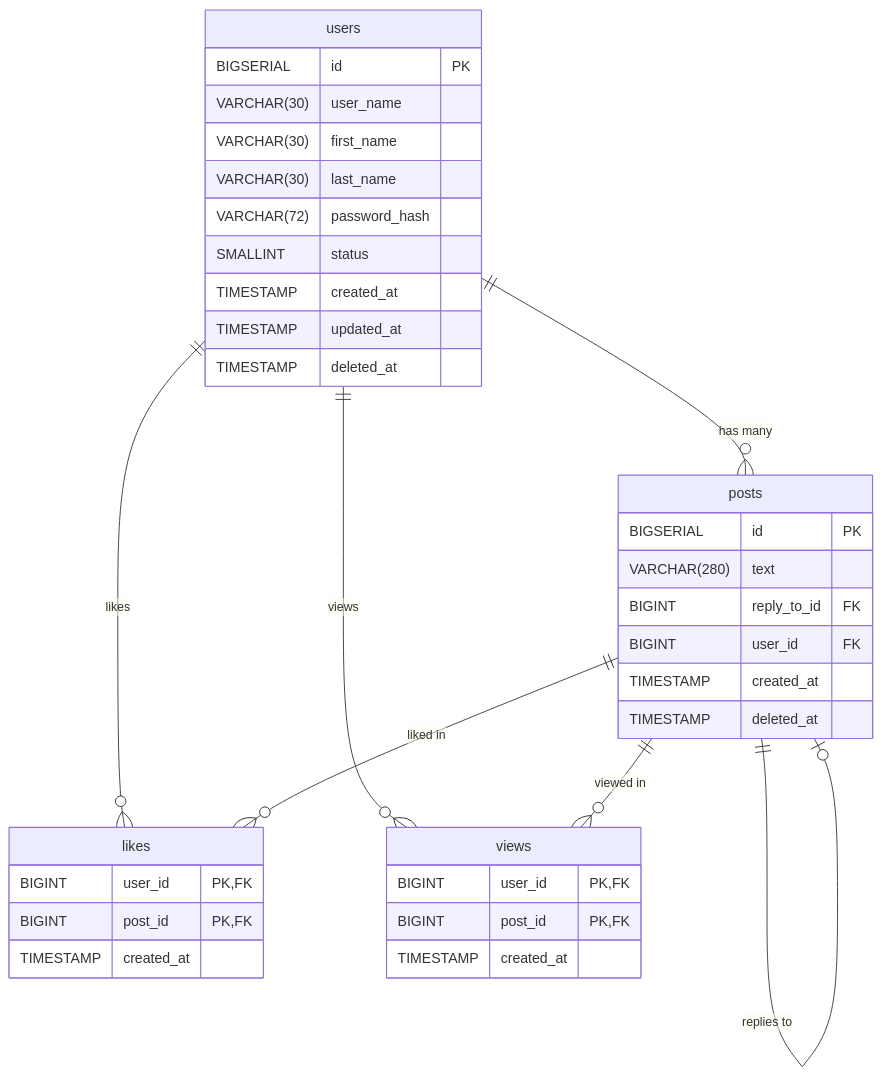
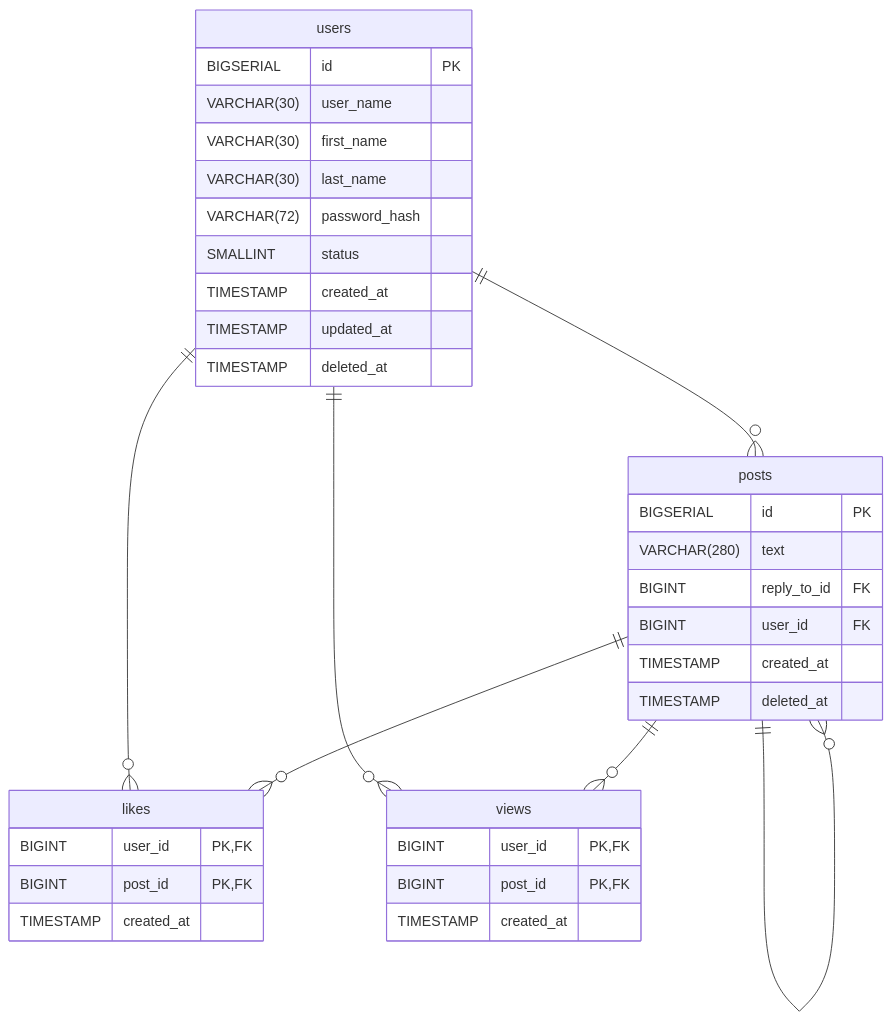
One commit to Tminww/shekshuev.github.io changed the first of 4 diagrams in docs/databases/development/js/postgres.md. Above: the diagram before and after it, drawn with Mermaid. The commit also changed 1 other file, not shown here.

Commit message:
fix: db scheme

````diff
--- a/docs/databases/development/js/postgres.md
+++ b/docs/databases/development/js/postgres.md
@@ -10,44 +10,44 @@
 ```mermaid
 erDiagram
   users {
     BIGSERIAL id PK
     VARCHAR(30) user_name
     VARCHAR(30) first_name
     VARCHAR(30) last_name
     VARCHAR(72) password_hash
     SMALLINT status
     TIMESTAMP created_at
     TIMESTAMP updated_at
     TIMESTAMP deleted_at
   }
 
   posts {
     BIGSERIAL id PK
     VARCHAR(280) text
     BIGINT reply_to_id FK
     BIGINT user_id FK
     TIMESTAMP created_at
     TIMESTAMP deleted_at
   }
 
   likes {
     BIGINT user_id PK, FK
     BIGINT post_id PK, FK
     TIMESTAMP created_at
   }
 
   views {
     BIGINT user_id PK, FK
     BIGINT post_id PK, FK
     TIMESTAMP created_at
   }
 
-  users ||--o{ posts : "has many"
-  users ||--o{ likes : "likes"
-  users ||--o{ views : "views"
+  users ||--o{ posts : ""
+  users ||--o{ likes : ""
+  users ||--o{ views : ""
 
-  posts ||--o{ likes : "liked in"
-  posts ||--o{ views : "viewed in"
-  posts ||--o| posts : "replies to"
+  posts ||--o{ likes : ""
+  posts ||--o{ views : ""
+  posts ||--o{ posts : ""
 
 ```
````
